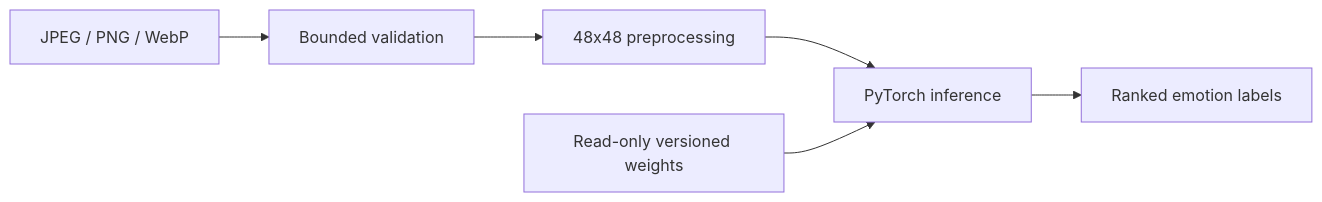
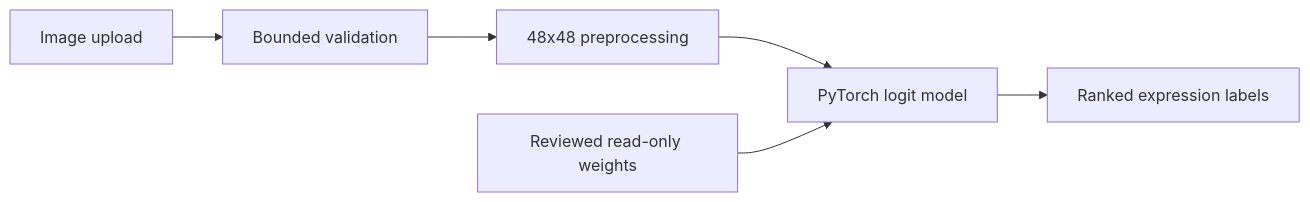
Before and after one commit to CoreyLeath-code/Facial-Emotion-Recognition-System: the diagram in README.md, drawn with Mermaid. The commit also changed other lines of this file, not shown here.

````diff
--- a/README.md
+++ b/README.md
@@ -69,8 +68,8 @@
-```mermaid
+~~~mermaid
 flowchart LR
-  U["JPEG / PNG / WebP"] --> V["Bounded validation"]
+  I["Image upload"] --> V["Bounded validation"]
   V --> P["48x48 preprocessing"]
-  P --> T["PyTorch inference"]
-  T --> J["Ranked emotion labels"]
-  W["Read-only versioned weights"] --> T
-```
+  P --> M["PyTorch logit model"]
+  M --> R["Ranked expression labels"]
+  W["Reviewed read-only weights"] --> M
+~~~
````
